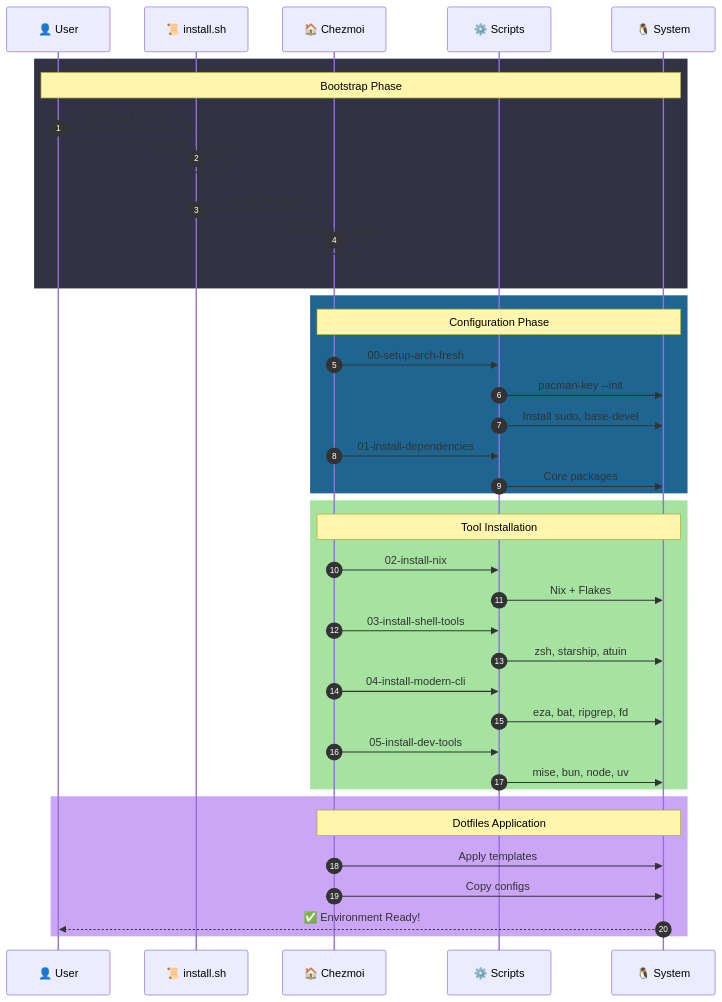
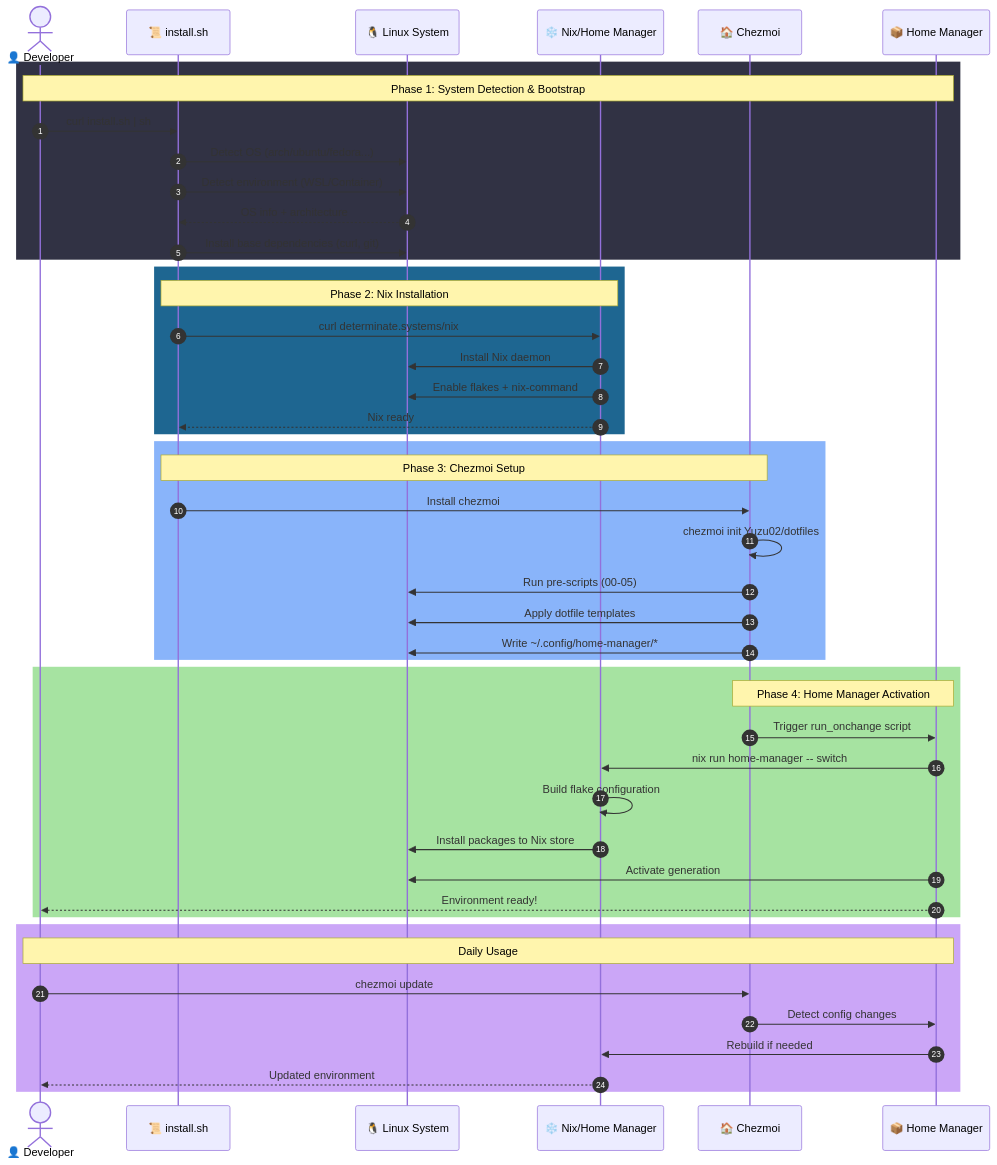
Before and after one commit to Yuzu02/dotfiles: the sixth of 9 diagrams in README.md, drawn with Mermaid. The commit also changed other lines of this file and 6 other files, not shown here.

First line of the commit message:
feat(setup): :sparkles: Update Home Manager configurations and install script for 2025/2026 best practices

````diff
--- a/README.md
+++ b/README.md
@@ -222,45 +360,55 @@
 ```mermaid
 sequenceDiagram
     autonumber
-    participant User as 👤 User
+    
+    actor User as 👤 Developer
     participant Install as 📜 install.sh
+    participant System as 🐧 Linux System
+    participant Nix as ❄️ Nix/Home Manager
     participant Chezmoi as 🏠 Chezmoi
-    participant Scripts as ⚙️ Scripts
-    participant System as 🐧 System
-
+    participant HM as 📦 Home Manager
+    
     rect rgb(49, 50, 68)
-        Note over User,System: Bootstrap Phase
+        Note over User,HM: Phase 1: System Detection & Bootstrap
         User->>Install: curl install.sh | sh
-        Install->>Install: Detect OS & WSL
+        Install->>System: Detect OS (arch/ubuntu/fedora...)
+        Install->>System: Detect environment (WSL/Container)
+        System-->>Install: OS info + architecture
+        Install->>System: Install base dependencies (curl, git)
+    end
+    
+    rect rgb(30, 102, 145)
+        Note over Install,Nix: Phase 2: Nix Installation
+        Install->>Nix: curl determinate.systems/nix
+        Nix->>System: Install Nix daemon
+        Nix->>System: Enable flakes + nix-command
+        Nix-->>Install: Nix ready
+    end
+    
+    rect rgb(137, 180, 250)
+        Note over Install,Chezmoi: Phase 3: Chezmoi Setup
         Install->>Chezmoi: Install chezmoi
-        Chezmoi->>Chezmoi: chezmoi init --apply
+        Chezmoi->>Chezmoi: chezmoi init Yuzu02/dotfiles
+        Chezmoi->>System: Run pre-scripts (00-05)
+        Chezmoi->>System: Apply dotfile templates
+        Chezmoi->>System: Write ~/.config/home-manager/*
     end
-
-    rect rgb(30, 102, 145)
-        Note over Chezmoi,System: Configuration Phase
-        Chezmoi->>Scripts: 00-setup-arch-fresh
-        Scripts->>System: pacman-key --init
-        Scripts->>System: Install sudo, base-devel
-        Chezmoi->>Scripts: 01-install-dependencies
-        Scripts->>System: Core packages
+    
+    rect rgb(166, 227, 161)
+        Note over Chezmoi,HM: Phase 4: Home Manager Activation
+        Chezmoi->>HM: Trigger run_onchange script
+        HM->>Nix: nix run home-manager -- switch
+        Nix->>Nix: Build flake configuration
+        Nix->>System: Install packages to Nix store
+        HM->>System: Activate generation
+        HM-->>User: Environment ready!
     end
-
-    rect rgb(166, 227, 161)
-        Note over Chezmoi,System: Tool Installation
-        Chezmoi->>Scripts: 02-install-nix
-        Scripts->>System: Nix + Flakes
-        Chezmoi->>Scripts: 03-install-shell-tools
-        Scripts->>System: zsh, starship, atuin
-        Chezmoi->>Scripts: 04-install-modern-cli
-        Scripts->>System: eza, bat, ripgrep, fd
-        Chezmoi->>Scripts: 05-install-dev-tools
-        Scripts->>System: mise, bun, node, uv
-    end
-
+    
     rect rgb(203, 166, 247)
-        Note over Chezmoi,System: Dotfiles Application
-        Chezmoi->>System: Apply templates
-        Chezmoi->>System: Copy configs
-        System-->>User: ✅ Environment Ready!
+        Note over User,HM: Daily Usage
+        User->>Chezmoi: chezmoi update
+        Chezmoi->>HM: Detect config changes
+        HM->>Nix: Rebuild if needed
+        Nix-->>User: Updated environment
     end
 ```
````
